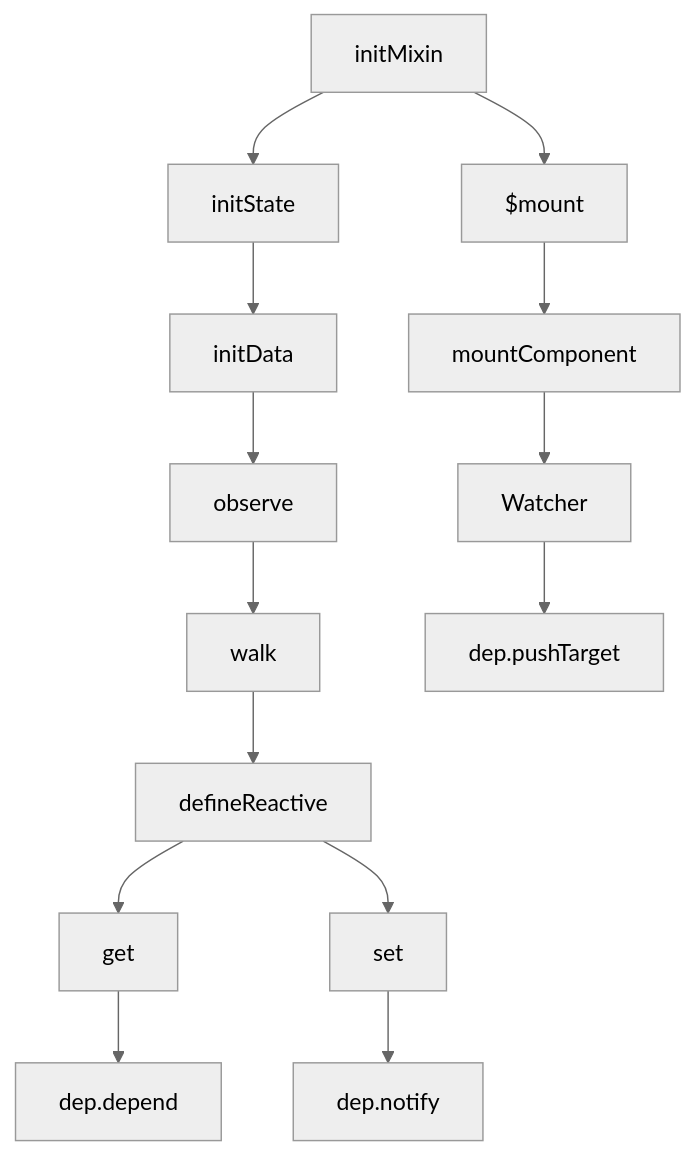
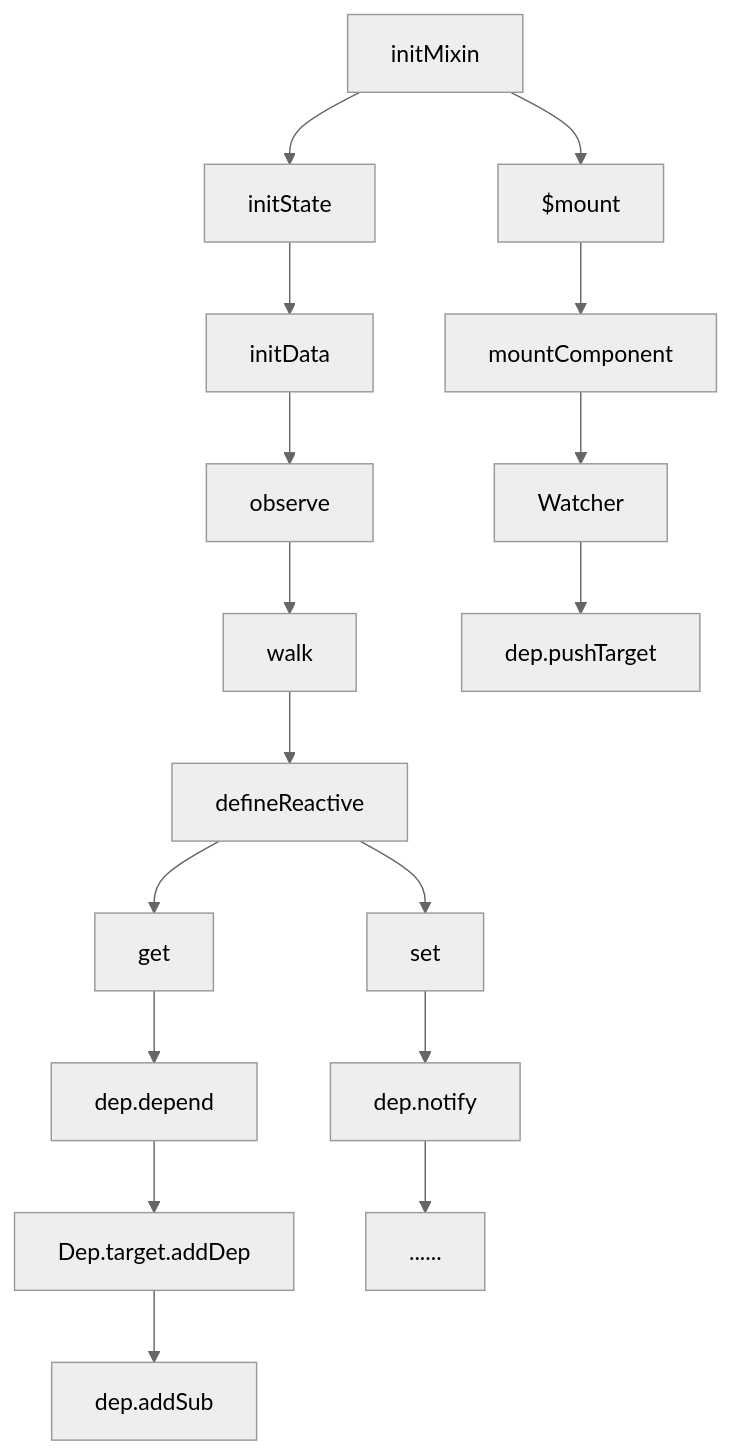
Before and after one commit to tinn2015/Notes: the second of 3 diagrams in docs/vue源码分析/响应式原理/index.md, drawn with Mermaid (neutral theme). The commit also changed other lines of this file and 3 other files, not shown here.

````diff
--- a/docs/vue源码分析/响应式原理/index.md
+++ b/docs/vue源码分析/响应式原理/index.md
@@ -757,11 +773,11 @@
-``` mermaid
+```mermaid
 graph TD
 
   initMixin --> initState --> initData --> observe --> walk --> defineReactive
 
-  defineReactive --> get --> dep.depend
+  defineReactive --> get --> dep.depend --> Dep.target.addDep --> dep.addSub
 
-  defineReactive --> set --> dep.notify
+  defineReactive --> set --> dep.notify --> ......
 
   initMixin --> $mount --> mountComponent --> Watcher --> dep.pushTarget
 ```
````
